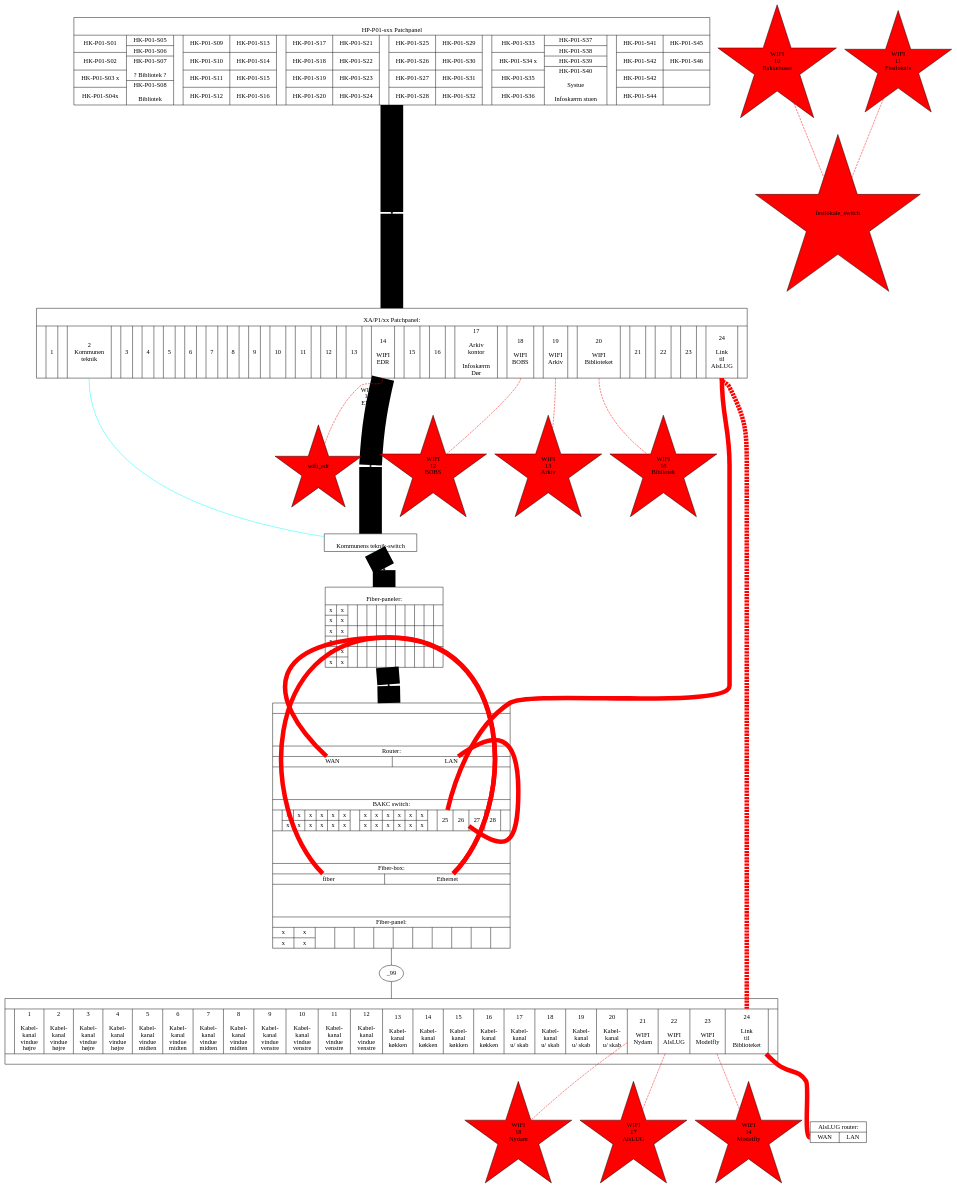
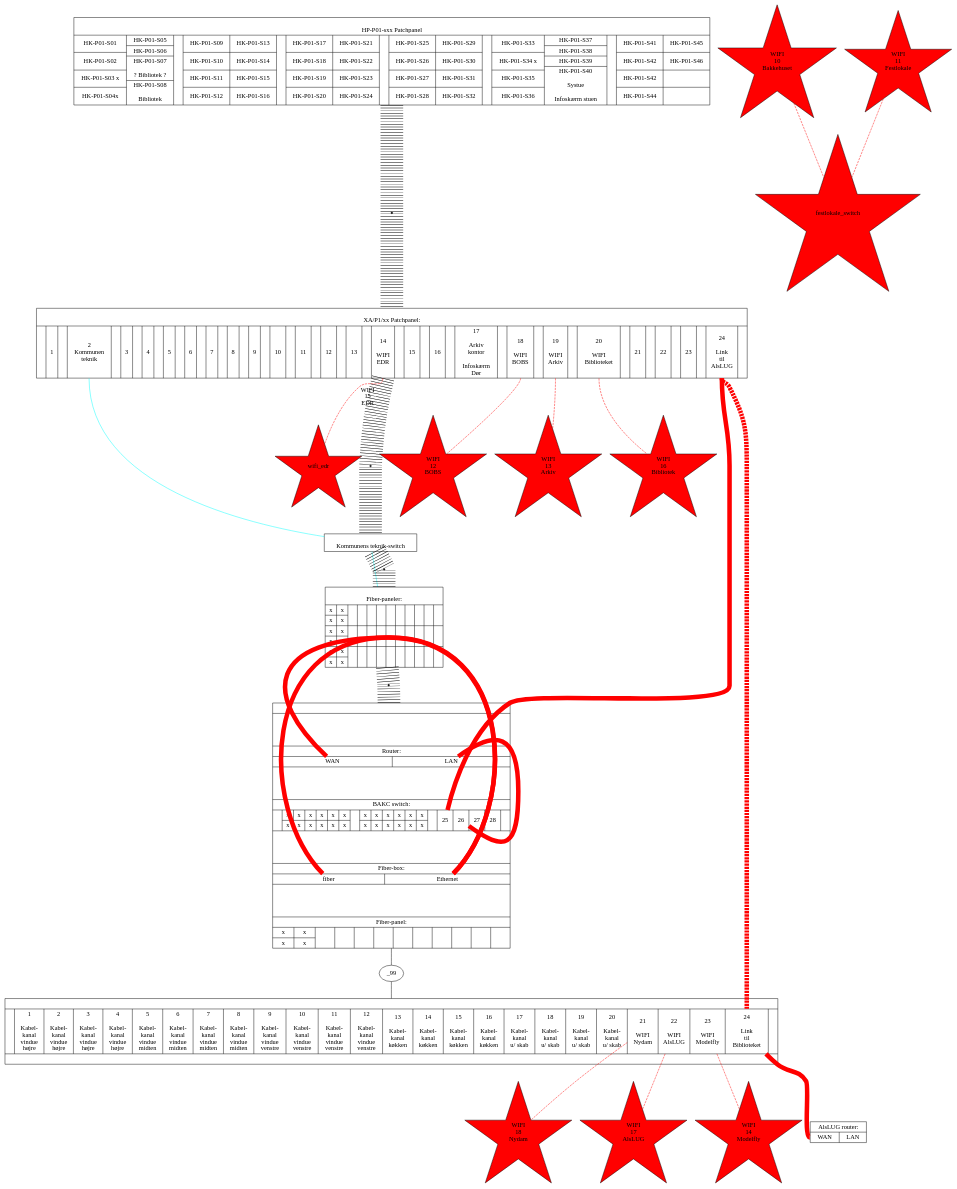
One commit to alslug/alslug.dk changed the diagram in projekter/patch-paneler.dot. Above: the diagram before and after it, drawn with Graphviz.

```diff
--- a/projekter/patch-paneler.dot
+++ b/projekter/patch-paneler.dot
@@ -141,7 +141,7 @@
     				}" ];
     kommunens_teknikswitch [ shape=record label="{\nKommunens teknik-switch}" ];
     node [ shape=point ];
-    hk_p01 -> _1 -> xa_p1 -> _2 -> kommunens_teknikswitch -> _3 -> bib_fiberpaneler_1 -> _4 -> bib_skab [ penwidth=50];
+    hk_p01 -> _1 -> xa_p1 -> _2 -> kommunens_teknikswitch -> _3 -> bib_fiberpaneler_1 -> _4 -> bib_skab [ penwidth=50 style=dotted ];
   }
   bib_skab [ shape=record label="{
 					|\n\n\n\n|Router:|
```
